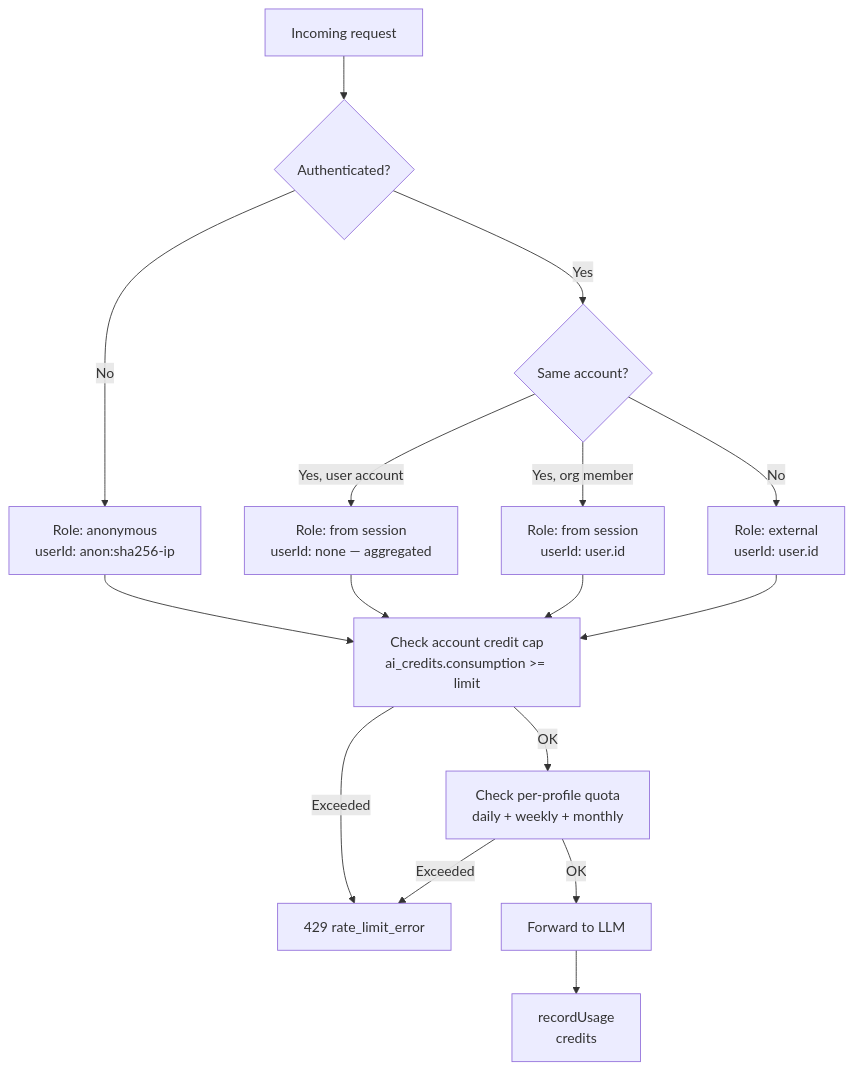
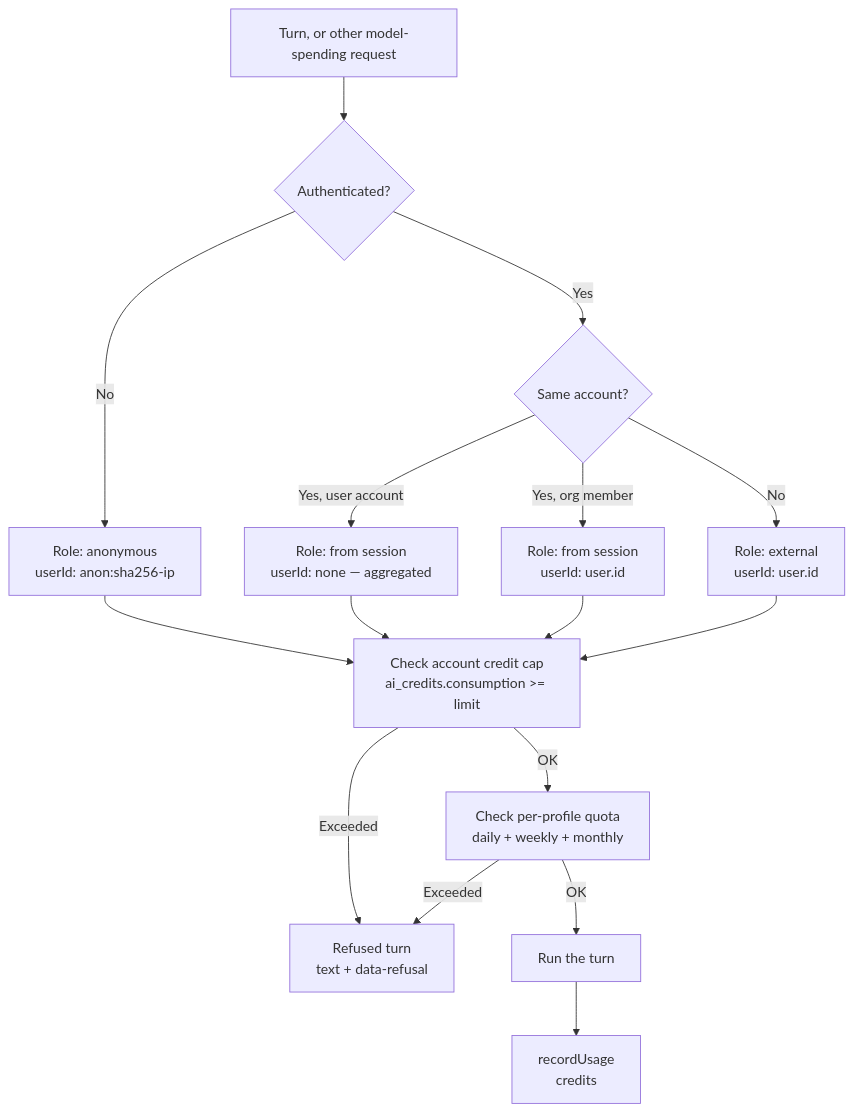
Before and after one commit to data-fair/agents: the diagram in docs/architecture/quotas-usage.md, drawn with Mermaid. The commit also changed other lines of this file and 16 other files, not shown here.

````diff
--- a/docs/architecture/quotas-usage.md
+++ b/docs/architecture/quotas-usage.md
@@ -5,24 +5,24 @@
 ```mermaid
 flowchart TD
-  Req[Incoming request] --> Auth{Authenticated?}
+  Req[Turn, or other model-spending request] --> Auth{Authenticated?}
 
   Auth -->|No| Anon[Role: anonymous<br/>userId: anon:sha256-ip]
   Auth -->|Yes| Same{Same account?}
 
   Same -->|Yes, user account| UserOwner[Role: from session<br/>userId: none — aggregated]
   Same -->|Yes, org member| OrgMember[Role: from session<br/>userId: user.id]
   Same -->|No| External[Role: external<br/>userId: user.id]
 
   Anon --> CC[Check account credit cap<br/>ai_credits.consumption >= limit]
   UserOwner --> CC
   OrgMember --> CC
   External --> CC
 
   CC -->|OK| RQ[Check per-profile quota<br/>daily + weekly + monthly]
-  CC -->|Exceeded| R429[429 rate_limit_error]
+  CC -->|Exceeded| Refuse[Refused turn<br/>text + data-refusal]
 
-  RQ -->|OK| LLM[Forward to LLM]
-  RQ -->|Exceeded| R429
+  RQ -->|OK| LLM[Run the turn]
+  RQ -->|Exceeded| Refuse
 
   LLM --> Record[recordUsage<br/>credits]
 ```
````
